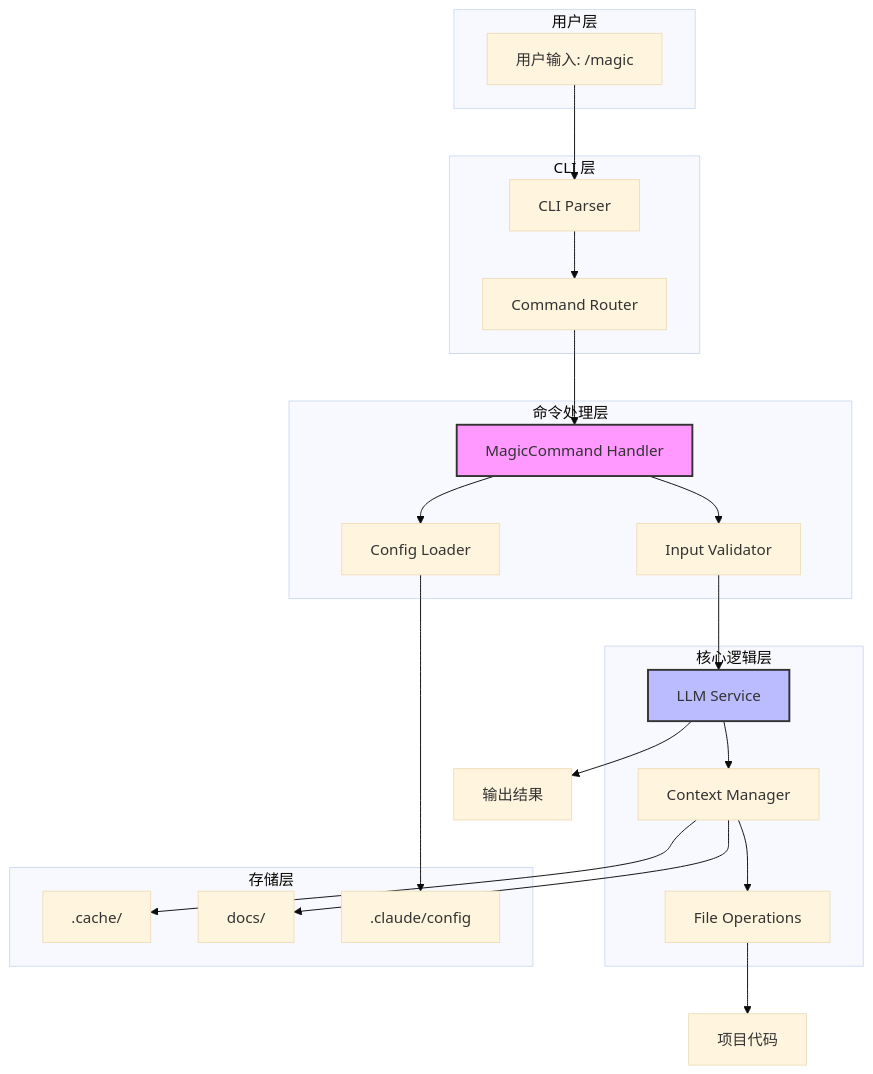
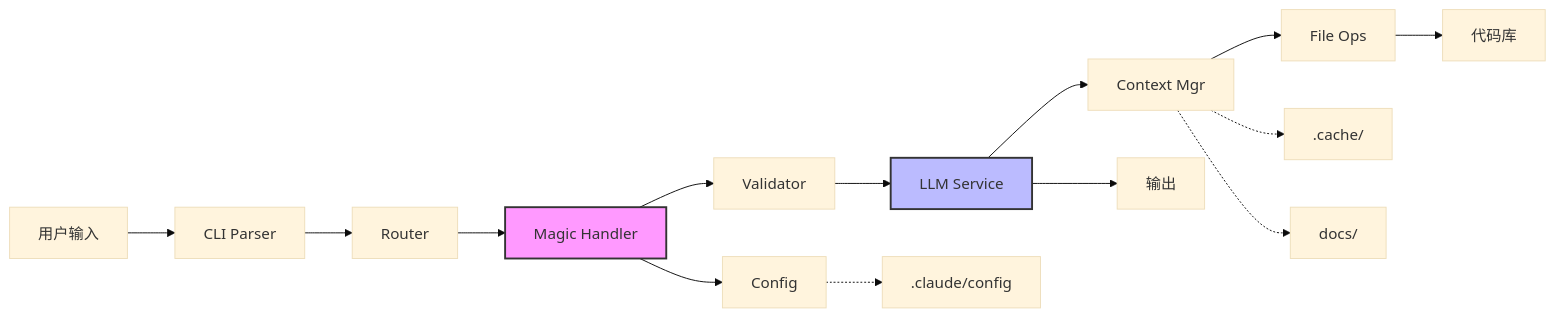
One commit to Optima-Chat/cc-best-practice changed the first of 2 diagrams in README.md. Above: the diagram before and after it, drawn with Mermaid (base theme).

Commit message:
优化架构图布局 - 横向紧凑排版
改进：
- 将纵向布局 (TB) 改为横向布局 (LR)
- 删除多层 subgraph，简化结构
- 缩短节点名称，更简洁
- 使用虚线表示配置/存储关系
- 整体更紧凑美观，不会占用过高空间

🤖 Generated with [Claude Code](https://claude.com/claude-code)

````diff
--- a/README.md
+++ b/README.md
@@ -99,46 +99,18 @@
 ```mermaid
-graph TB
-    subgraph "用户层"
-        User[用户输入: /magic]
-    end
-
-    subgraph "CLI 层"
-        CLI[CLI Parser]
-        Router[Command Router]
-    end
-
-    subgraph "命令处理层"
-        Magic[MagicCommand Handler]
-        Config[Config Loader]
-        Validator[Input Validator]
-    end
-
-    subgraph "核心逻辑层"
-        LLM[LLM Service]
-        Context[Context Manager]
-        FileOps[File Operations]
-    end
-
-    subgraph "存储层"
-        Cache[.cache/]
-        Docs[docs/]
-        UserConfig[.claude/config]
-    end
-
-    User --> CLI
-    CLI --> Router
-    Router --> Magic
-    Magic --> Config
-    Magic --> Validator
-    Validator --> LLM
-    LLM --> Context
-    Context --> FileOps
-    Config --> UserConfig
-    Context --> Cache
-    Context --> Docs
-    FileOps --> Code[项目代码]
-    LLM --> Output[输出结果]
+graph LR
+    User[用户输入] --> CLI[CLI Parser] --> Router[Router]
+    Router --> Magic[Magic Handler]
+    Magic --> Validator[Validator]
+    Magic --> Config[Config]
+    Validator --> LLM[LLM Service]
+    LLM --> Context[Context Mgr]
+    Context --> FileOps[File Ops]
+    Config -.-> UserCfg[.claude/config]
+    Context -.-> Cache[.cache/]
+    Context -.-> Docs[docs/]
+    FileOps --> Code[代码库]
+    LLM --> Output[输出]
 
     style Magic fill:#f9f,stroke:#333,stroke-width:2px
     style LLM fill:#bbf,stroke:#333,stroke-width:2px
 ```
````
